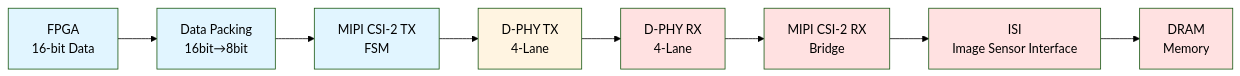
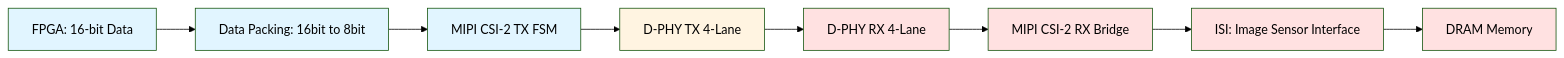
One commit to hnabyz-bot/fpga-imx8mp changed the first of 10 diagrams in agent-guide/system-flow-diagram.md. Above: the diagram before and after it, drawn with Mermaid (forest theme). The commit also changed other lines of this file, not shown here.

Commit message:
Fix all HTML br tags in system-flow-diagram.md for GitHub Mermaid compatibility

````diff
--- a/agent-guide/system-flow-diagram.md
+++ b/agent-guide/system-flow-diagram.md
@@ -5,19 +5,19 @@
 ```mermaid
 graph LR
-    A[FPGA<br/>16-bit Data] --> B[Data Packing<br/>16bit→8bit]
-    B --> C[MIPI CSI-2 TX<br/>FSM]
-    C --> D[D-PHY TX<br/>4-Lane]
-    D --> E[D-PHY RX<br/>4-Lane]
-    E --> F[MIPI CSI-2 RX<br/>Bridge]
-    F --> G[ISI<br/>Image Sensor Interface]
-    G --> H[DRAM<br/>Memory]
+    A[FPGA: 16-bit Data] --> B[Data Packing: 16bit to 8bit]
+    B --> C[MIPI CSI-2 TX FSM]
+    C --> D[D-PHY TX 4-Lane]
+    D --> E[D-PHY RX 4-Lane]
+    E --> F[MIPI CSI-2 RX Bridge]
+    F --> G[ISI: Image Sensor Interface]
+    G --> H[DRAM Memory]
     
     style A fill:#e1f5ff
     style B fill:#e1f5ff
     style C fill:#e1f5ff
     style D fill:#fff4e1
     style E fill:#ffe1e1
     style F fill:#ffe1e1
     style G fill:#ffe1e1
     style H fill:#ffe1e1
 ```
````
